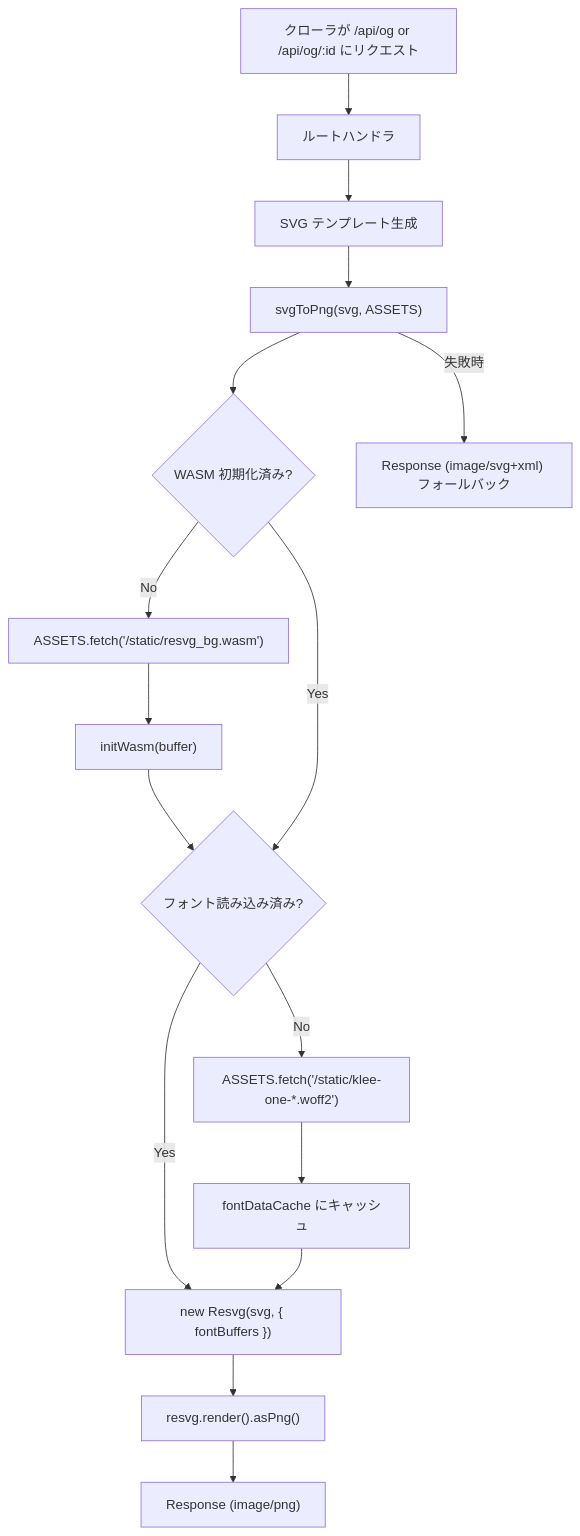
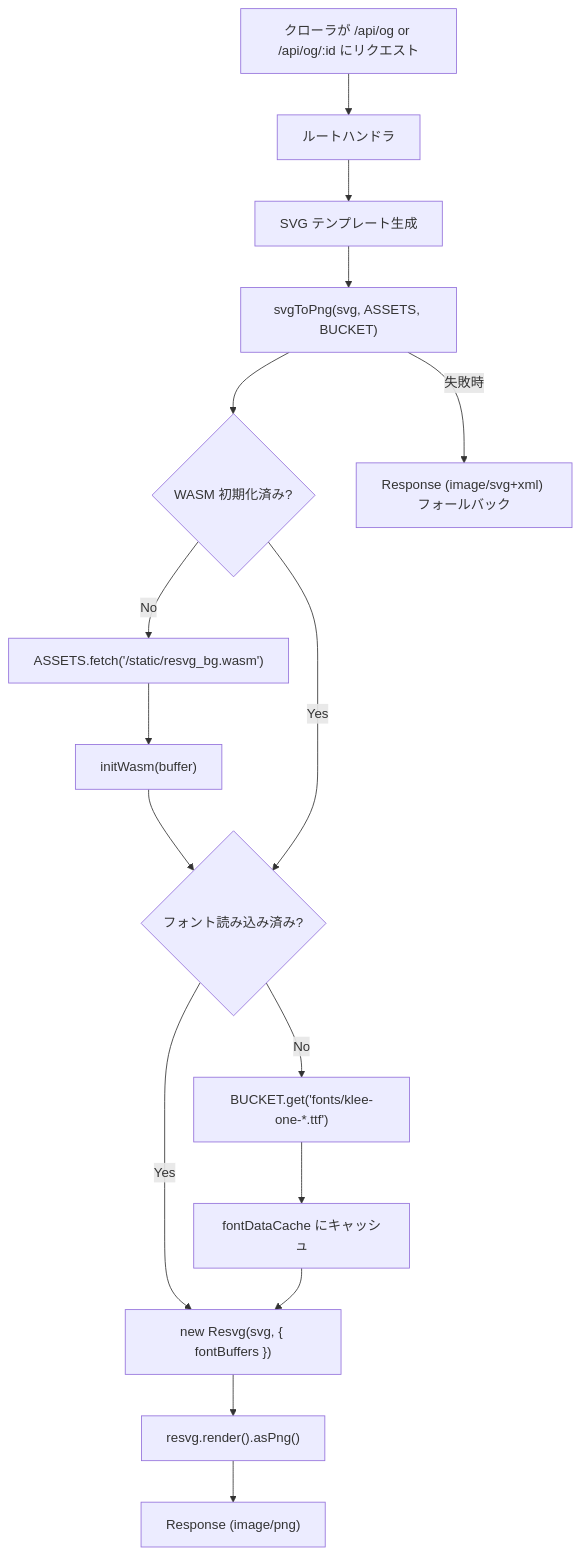
Before and after one commit to shimabox/400-diary: the diagram in docs/architecture/ogp-image.md, drawn with Mermaid. The commit also changed other lines of this file and 9 other files, not shown here.

````diff
--- a/docs/architecture/ogp-image.md
+++ b/docs/architecture/ogp-image.md
@@ -13,19 +13,19 @@
 ```mermaid
 flowchart TD
     A["クローラが /api/og or /api/og/:id にリクエスト"] --> B[ルートハンドラ]
     B --> C[SVG テンプレート生成]
-    C --> D["svgToPng(svg, ASSETS)"]
+    C --> D["svgToPng(svg, ASSETS, BUCKET)"]
     D --> E{WASM 初期化済み?}
     E -->|No| F["ASSETS.fetch('/static/resvg_bg.wasm')"]
     F --> G["initWasm(buffer)"]
     G --> H{フォント読み込み済み?}
     E -->|Yes| H
-    H -->|No| I["ASSETS.fetch('/static/klee-one-*.woff2')"]
+    H -->|No| I["BUCKET.get('fonts/klee-one-*.ttf')"]
     I --> J[fontDataCache にキャッシュ]
     H -->|Yes| K["new Resvg(svg, { fontBuffers })"]
     J --> K
     K --> L["resvg.render().asPng()"]
     L --> M["Response (image/png)"]
 
     D -- 失敗時 --> N["Response (image/svg+xml) フォールバック"]
 ```
````
